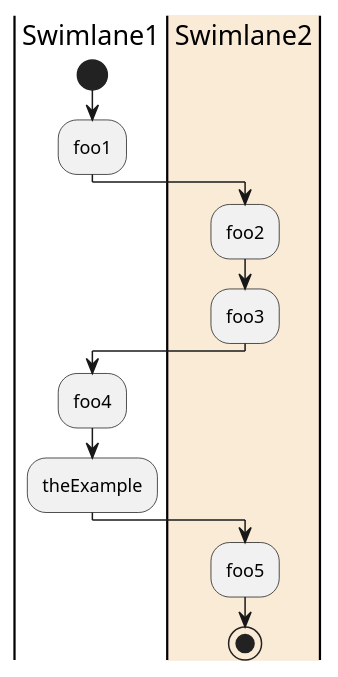
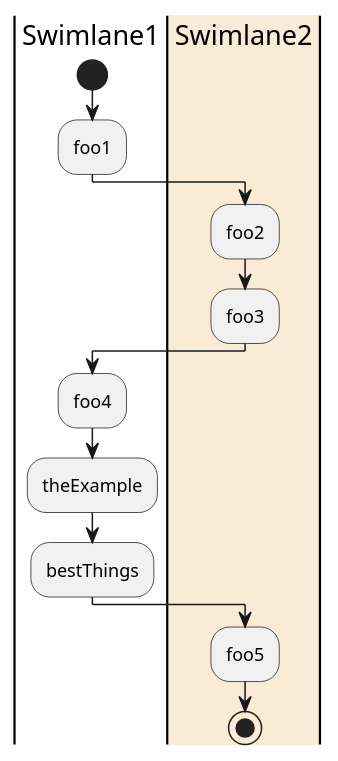
One commit to xemuliam/docker-hdf changed the diagram in test.pu. Above: the diagram before and after it, drawn with PlantUML.

```diff
--- a/test.pu
+++ b/test.pu
@@ -1,14 +1,15 @@
 @startuml
 |Swimlane1|
 start
 :foo1;
 |#AntiqueWhite|Swimlane2|
 :foo2;
 :foo3;
 |Swimlane1|
 :foo4;
 :theExample;
+:bestThings;
 |Swimlane2|
 :foo5;
 stop
 @enduml
```
